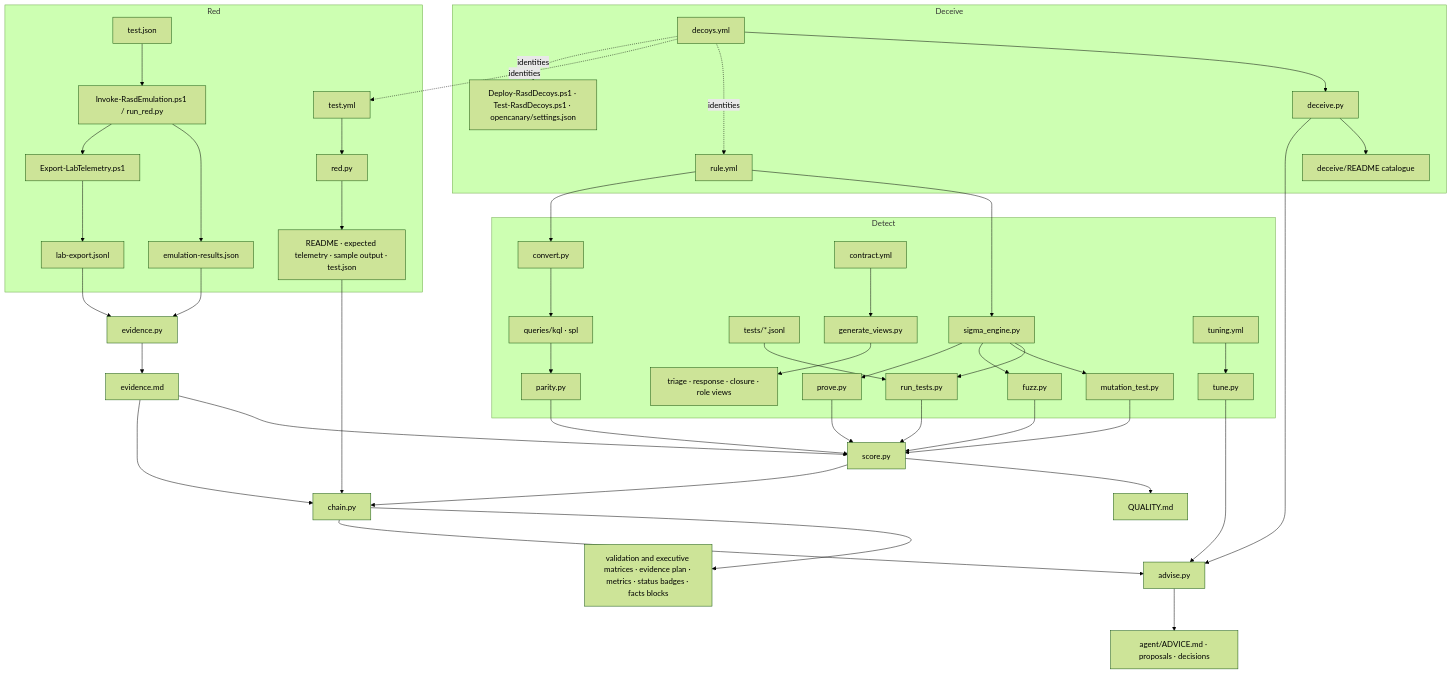
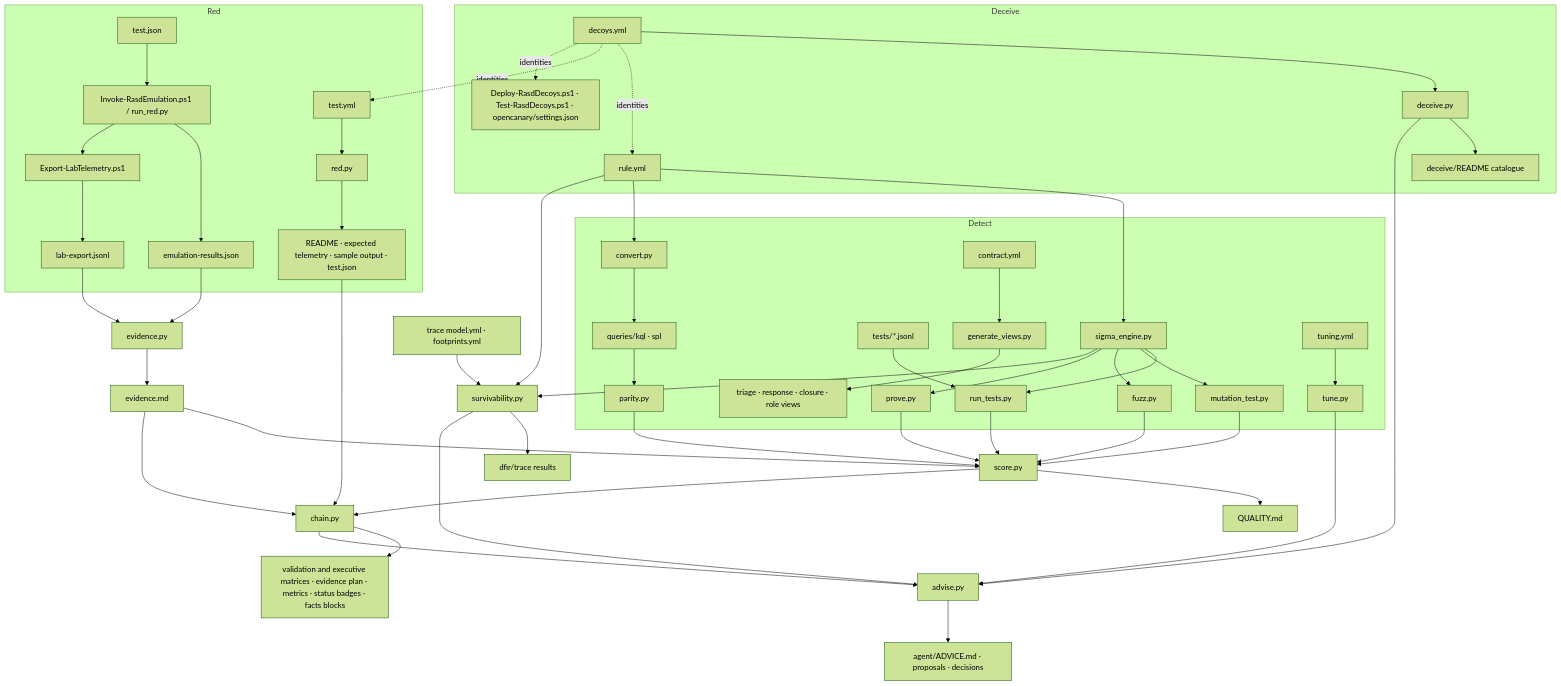
Before and after one commit to engziyad/RASD: the diagram in docs/RASD_ARCHITECTURE.md, drawn with Mermaid (forest theme). The commit also changed other lines of this file and 28 other files, not shown here.

First line of the commit message:
trace: evidence survivability - can the evidence be erased, at what cost, and does a rule see it

````diff
--- a/docs/RASD_ARCHITECTURE.md
+++ b/docs/RASD_ARCHITECTURE.md
@@ -34,26 +34,28 @@
 ```mermaid
 flowchart TB
     subgraph Red
         TY[test.yml] --> RD[red.py] --> RG[README · expected telemetry · sample output · test.json]
         TJ[test.json] --> RUN[Invoke-RasdEmulation.ps1 / run_red.py] --> RES[emulation-results.json]
         RUN --> EXP[Export-LabTelemetry.ps1] --> LOGS[lab-export.jsonl]
     end
     subgraph Deceive
         DY[decoys.yml] --> DC[deceive.py] --> DCAT[deceive/README catalogue]
         DY -. identities .-> R
         DY -. identities .-> TY
         DY -. identities .-> DEP[Deploy-RasdDecoys.ps1 · Test-RasdDecoys.ps1 · opencanary/settings.json]
     end
     subgraph Detect
         R[rule.yml] --> E[sigma_engine.py]
         T[tests/*.jsonl] --> RT[run_tests.py]
         E --> RT & MT[mutation_test.py] & FZ[fuzz.py] & PV[prove.py]
         R --> CV[convert.py] --> Q[queries/kql · spl] --> PA[parity.py]
         C[contract.yml] --> GV[generate_views.py] --> CARDS[triage · response · closure · role views]
         TU[tuning.yml] --> TN[tune.py]
     end
     RES & LOGS --> EV[evidence.py] --> EVD[evidence.md]
     RT & MT & FZ & PV & PA & EVD --> SC[score.py] --> QM[QUALITY.md]
     SC & RG & EVD --> CH[chain.py] --> MX[validation and executive matrices · evidence plan · metrics · status badges · facts blocks]
-    CH & TN & DC --> AG[advise.py] --> ADV[agent/ADVICE.md · proposals · decisions]
+    R & E --> SV[survivability.py] --> TR[dfir/trace results]
+    TRM[trace model.yml · footprints.yml] --> SV
+    CH & TN & DC & SV --> AG[advise.py] --> ADV[agent/ADVICE.md · proposals · decisions]
 ```
````
